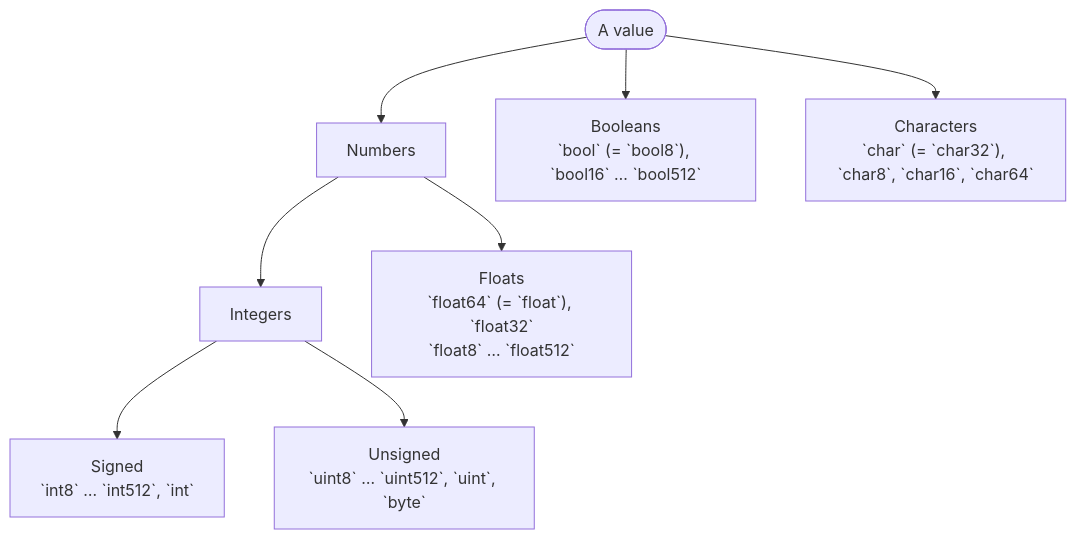
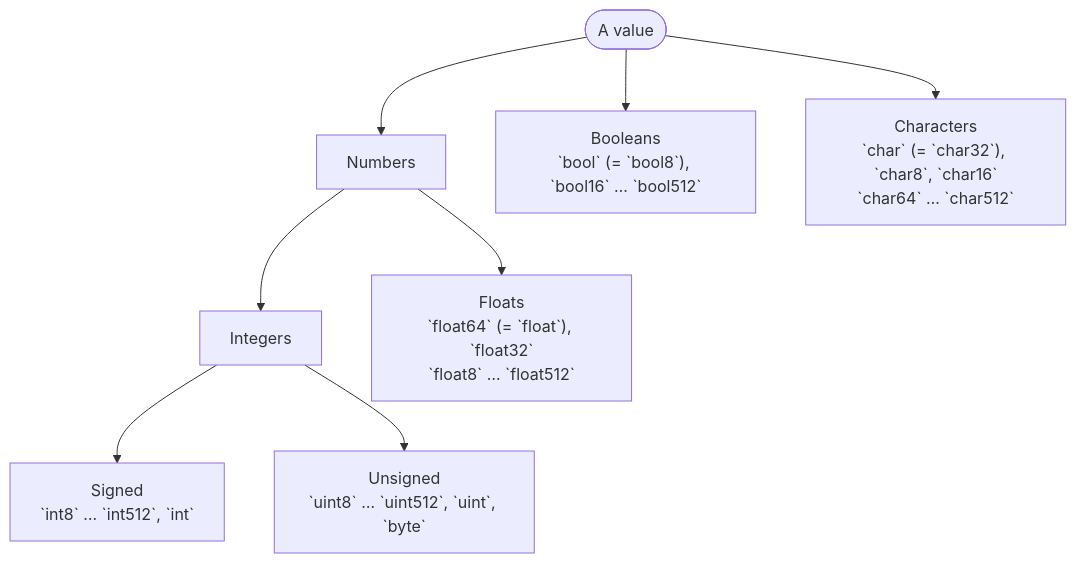
Before and after one commit to rux-lang/Web: the diagram in content/docs/1.learn/01.basics/00.index.md, drawn with Mermaid. The commit also changed 11 other files, not shown here.

````diff
--- a/content/docs/1.learn/01.basics/00.index.md
+++ b/content/docs/1.learn/01.basics/00.index.md
@@ -24,10 +24,10 @@
 ```mermaid
 flowchart TB
     v(["A value"]) --> num["Numbers"]
     v --> b["Booleans<br/>`bool` (= `bool8`), `bool16` … `bool512`"]
-    v --> c["Characters<br/>`char` (= `char32`), `char8`, `char16`, `char64`"]
+    v --> c["Characters<br/>`char` (= `char32`), `char8`, `char16`<br/>`char64` … `char512`"]
     num --> i["Integers"]
     num --> f["Floats<br/>`float64` (= `float`), `float32`<br/>`float8` … `float512`"]
     i --> s["Signed<br/>`int8` … `int512`, `int`"]
     i --> u["Unsigned<br/>`uint8` … `uint512`, `uint`, `byte`"]
 ```
````
